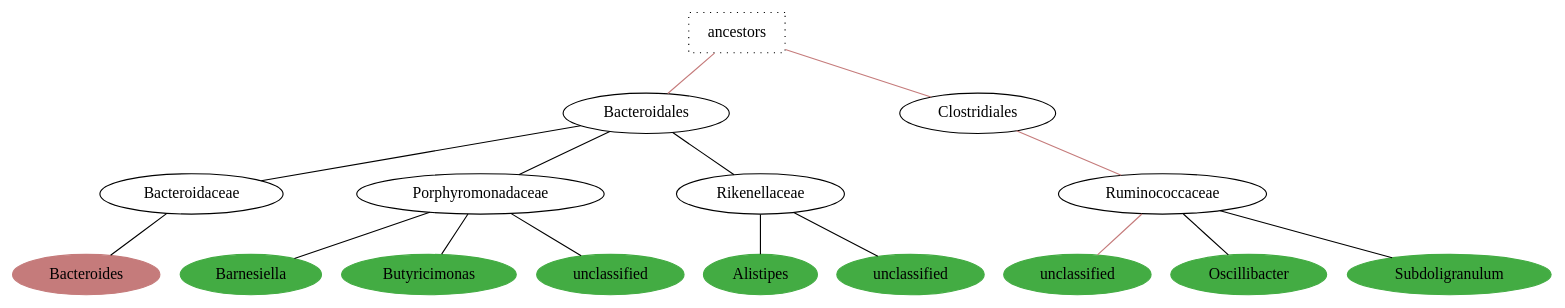
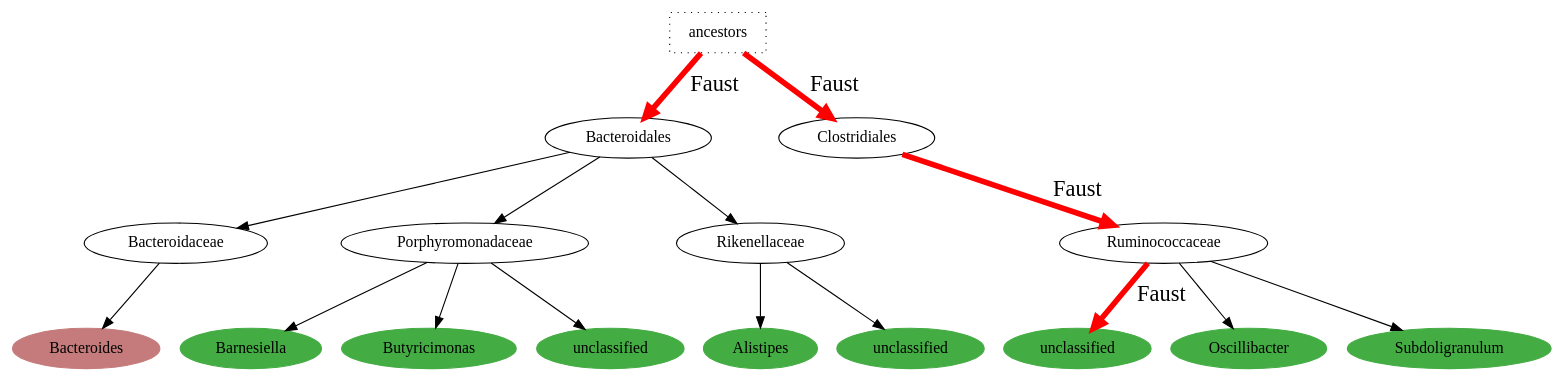
The diagram in plots/graphviz/exp1.dot (AndersHqst/thesis), drawn with Graphviz before and after one commit. The commit also changed 194 other files, not shown here.

```diff
--- a/plots/graphviz/exp1.dot
+++ b/plots/graphviz/exp1.dot
@@ -1,38 +1,40 @@
-graph G {        
+digraph G {        
         //size ="10,10";
-        ancestors [shape=box, style=dotted]; // MOre nodes here, but keep it short
-        edge [color="#C57B7B"]; // Mark the Faust correlation relation with red
-        ancestors -- Bacteroidales;
+        // More nodes here, but keep it short
+        ancestors [shape=box, style=dotted]; 
+        // Mark the Faust correlation relation with red
+        edge [color="red", penwidth=5, label="Faust", fontname="Helvetica bold", fontsize=20];
+        ancestors -> Bacteroidales;
         // so is this [style=bold,label="100 times"];
-        ancestors -- Clostridiales;
-        Clostridiales -- Ruminococcaceae;
-        Ruminococcaceae -- unclassified;
-        edge [color=black];
+        ancestors -> Clostridiales;
+        Clostridiales -> Ruminococcaceae;
+        Ruminococcaceae -> unclassified;
+        edge [color=black, penwidth=1, label="", fontsize=14];
 
         // Mark the MTV pattern green
         Alistipes [color="#43AC43", style=filled]
         Bacteroides [color="#43AC43", style=filled]
         unclassified [color="#43AC43", style=filled]
         Barnesiella [color="#43AC43", style=filled]
         Alistipes [color="#43AC43", style=filled]
         Oscillibacter [color="#43AC43", style=filled]
         Butyricimonas [color="#43AC43", style=filled];
         Subdoligranulum [color="#43AC43", style=filled];
         PorphyromonadaceaeUnclassified [label="unclassified", color="#43AC43", style=filled];
         RikenellaceaeUnclassified [label="unclassified", color="#43AC43", style=filled];
-        Ruminococcaceae -- Oscillibacter;
-        Ruminococcaceae -- Subdoligranulum;
-        Bacteroidales -- Bacteroidaceae;
-        Bacteroidales -- Porphyromonadaceae
-        Porphyromonadaceae -- Barnesiella; 
-        Porphyromonadaceae -- Butyricimonas;
-        Porphyromonadaceae -- PorphyromonadaceaeUnclassified;
-        Bacteroidales -- Rikenellaceae;        
-        Rikenellaceae -- RikenellaceaeUnclassified;
-        Rikenellaceae -- Alistipes;
+        Ruminococcaceae -> Oscillibacter;
+        Ruminococcaceae -> Subdoligranulum;
+        Bacteroidales -> Bacteroidaceae;
+        Bacteroidales -> Porphyromonadaceae
+        Porphyromonadaceae -> Barnesiella; 
+        Porphyromonadaceae -> Butyricimonas;
+        Porphyromonadaceae -> PorphyromonadaceaeUnclassified;
+        Bacteroidales -> Rikenellaceae;        
+        Rikenellaceae -> RikenellaceaeUnclassified;
+        Rikenellaceae -> Alistipes;
         Bacteroides [color="#C57B7B", style=filled];
-        Bacteroidaceae -- Bacteroides;
+        Bacteroidaceae -> Bacteroides;
 
         //make_string [label="make a\nstring"];
         node [shape=box,style=filled,color="blue"];
  }
```
